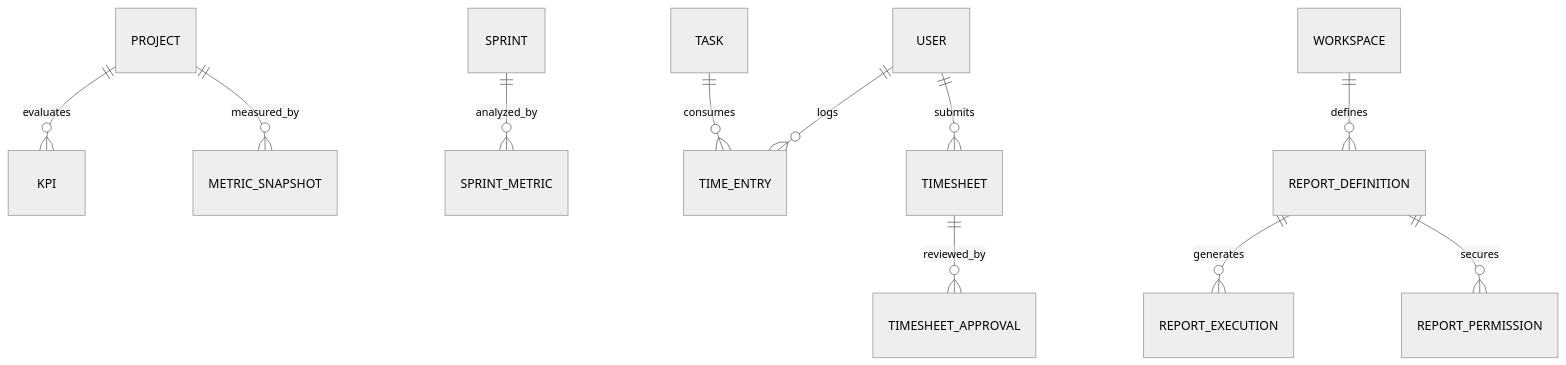
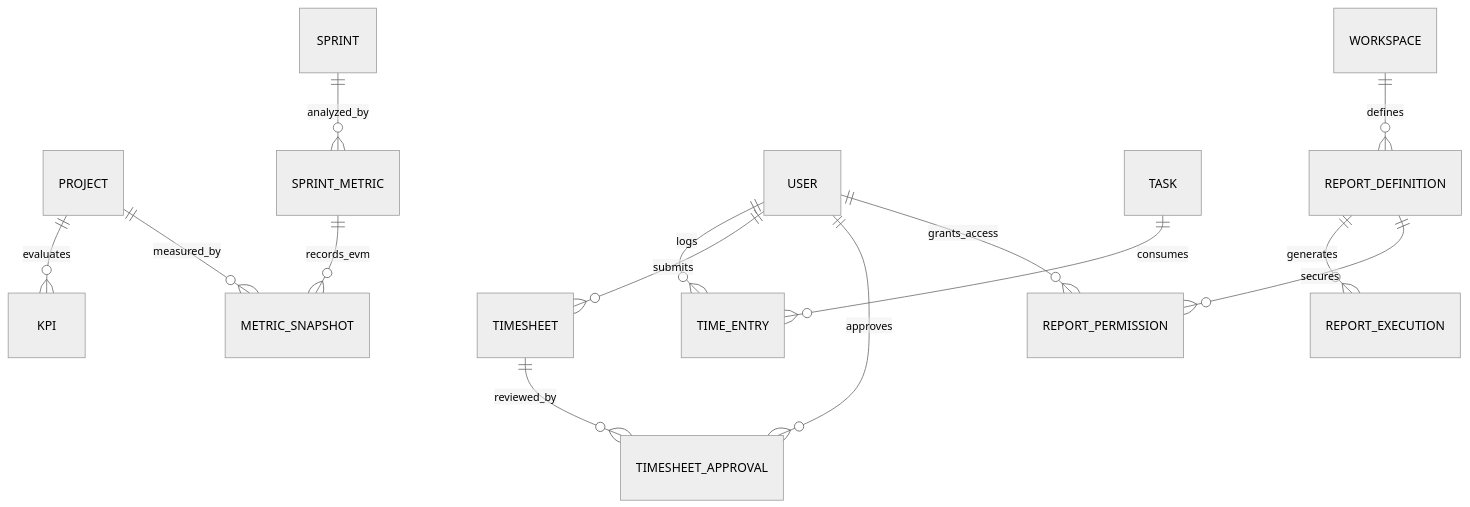
The diagram in backend/docs/02-Architeture/Entity Relationship Diagram - Details/Functional Module 11 - Advanced Analytics & Reporting.md (nmtrucworking/PronaFlow), drawn with Mermaid (neutral theme) before and after one commit. The commit also changed other lines of this file and 1453 other files, not shown here.

````diff
--- a/backend/docs/02-Architeture/Entity Relationship Diagram - Details/Functional Module 11 - Advanced Analytics & Reporting.md
+++ b/backend/docs/02-Architeture/Entity Relationship Diagram - Details/Functional Module 11 - Advanced Analytics & Reporting.md
@@ -18,19 +18,20 @@
 ```mermaid
 erDiagram
     PROJECT ||--o{ KPI : evaluates
     PROJECT ||--o{ METRIC_SNAPSHOT : measured_by
 
     SPRINT ||--o{ SPRINT_METRIC : analyzed_by
+    SPRINT_METRIC ||--o{ METRIC_SNAPSHOT : records_evm
 
     USER ||--o{ TIME_ENTRY : logs
     TASK ||--o{ TIME_ENTRY : consumes
 
     USER ||--o{ TIMESHEET : submits
     TIMESHEET ||--o{ TIMESHEET_APPROVAL : reviewed_by
+    USER ||--o{ TIMESHEET_APPROVAL : approves
 
     WORKSPACE ||--o{ REPORT_DEFINITION : defines
     REPORT_DEFINITION ||--o{ REPORT_EXECUTION : generates
-
     REPORT_DEFINITION ||--o{ REPORT_PERMISSION : secures
-
+    USER ||--o{ REPORT_PERMISSION : grants_access
 ```
````
